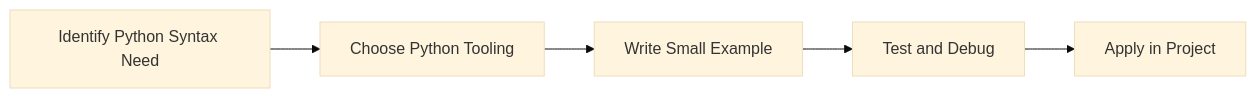
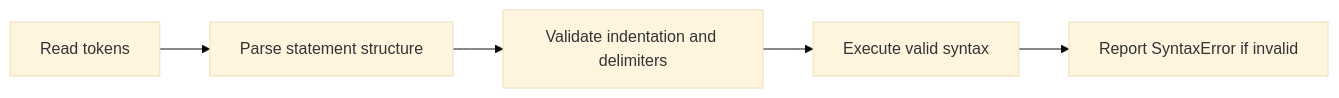
One commit to SYMOIZ/E-Learning-Portal changed the diagram in Python-Mastery/Beginner/04-python-syntax.md. Above: the diagram before and after it, drawn with Mermaid (base theme). The commit also changed other lines of this file and 116 other files, not shown here.

````diff
--- a/Python-Mastery/Beginner/04-python-syntax.md
+++ b/Python-Mastery/Beginner/04-python-syntax.md
@@ -130,7 +129,12 @@
 ```mermaid
 flowchart LR
-    A[Identify Python Syntax Need] --> B[Choose Python Tooling]
-    B --> C[Write Small Example]
-    C --> D[Test and Debug]
-    D --> E[Apply in Project]
+    A[Read tokens]
+    B[Parse statement structure]
+    C[Validate indentation and delimiters]
+    D[Execute valid syntax]
+    E[Report SyntaxError if invalid]
+    A --> B
+    B --> C
+    C --> D
+    D --> E
 ```
````
